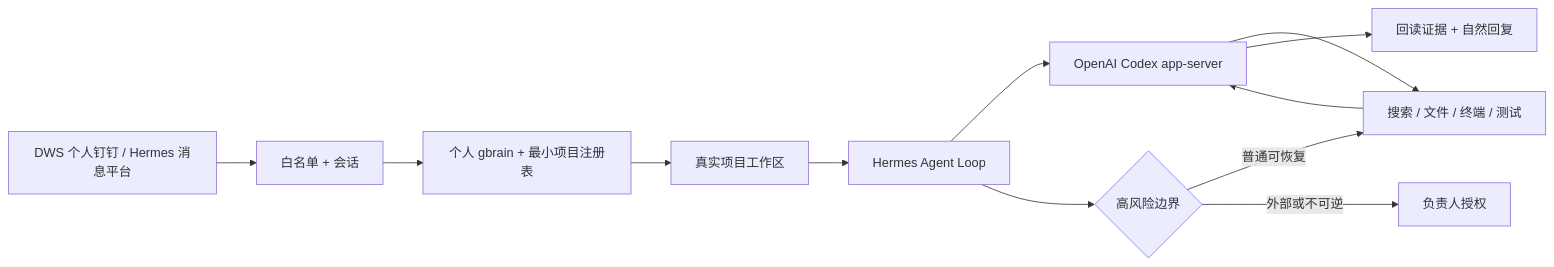
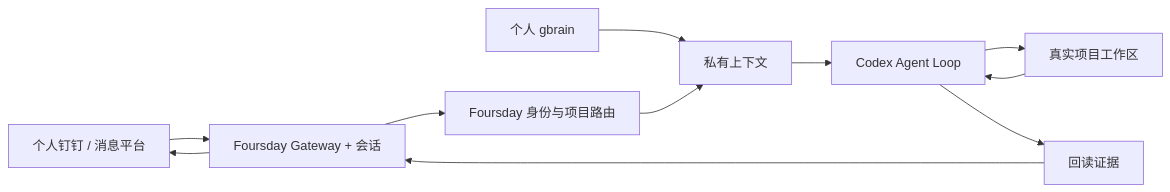
One commit to ruiwang20010702/ai-employee changed the diagram in docs/指南/中文首页.md. Above: the diagram before and after it, drawn with Mermaid. The commit also changed other lines of this file and 520 other files, not shown here.

Commit message:
feat!: rebuild Foursday around a single Codex loop (#85)

````diff
--- a/docs/指南/中文首页.md
+++ b/docs/指南/中文首页.md
@@ -52,14 +20,13 @@
 ```mermaid
 flowchart LR
-    A["DWS 个人钉钉 / Hermes 消息平台"] --> B["白名单 + 会话"]
-    B --> C["个人 gbrain + 最小项目注册表"]
-    C --> D["真实项目工作区"]
-    D --> E["Hermes Agent Loop"]
-    E --> F["OpenAI Codex app-server"]
-    F --> G["搜索 / 文件 / 终端 / 测试"]
-    G --> F
-    F --> H["回读证据 + 自然回复"]
-    E --> I{"高风险边界"}
-    I -->|"普通可恢复"| G
-    I -->|"外部或不可逆"| J["负责人授权"]
+    M["个人钉钉 / 消息平台"] --> T["Foursday Gateway + 会话"]
+    T --> R["Foursday 身份与项目路由"]
+    G["个人 gbrain"] --> C["私有上下文"]
+    R --> C
+    C --> X["Codex Agent Loop"]
+    X --> W["真实项目工作区"]
+    W --> X
+    X --> V["回读证据"]
+    V --> T
+    T --> M
 ```
````
